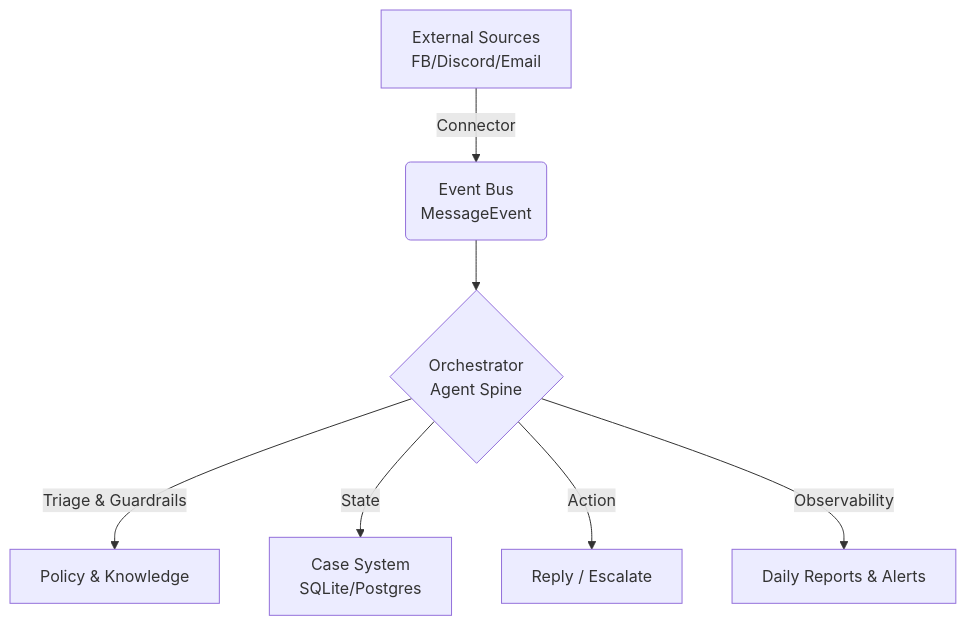
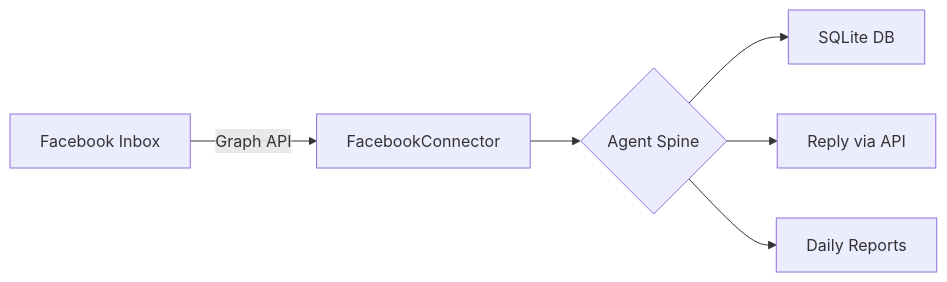
One commit to Charpup/community-manager-agent-spine changed the diagram in README.md. Above: the diagram before and after it, drawn with Mermaid. The commit also changed other lines of this file and 11 other files, not shown here.

Commit message:
Sprint V3: Facebook connector + SQLite persistence + De-dup logic

````diff
--- a/README.md
+++ b/README.md
@@ -13,9 +9,8 @@
 ```mermaid
-graph TD
-    A[External Sources\nFB/Discord/Email] -->|Connector| B(Event Bus\nMessageEvent)
-    B --> C{Orchestrator\nAgent Spine}
-    C -->|Triage & Guardrails| D[Policy & Knowledge]
-    C -->|State| E[Case System\nSQLite/Postgres]
-    C -->|Action| F[Reply / Escalate]
-    C -->|Observability| G[Daily Reports & Alerts]
+graph LR
+    A[Facebook Inbox] -->|Graph API| B[FacebookConnector]
+    B --> C{Agent Spine}
+    C --> D[SQLite DB]
+    C --> E[Reply via API]
+    C --> F[Daily Reports]
 ```
````
